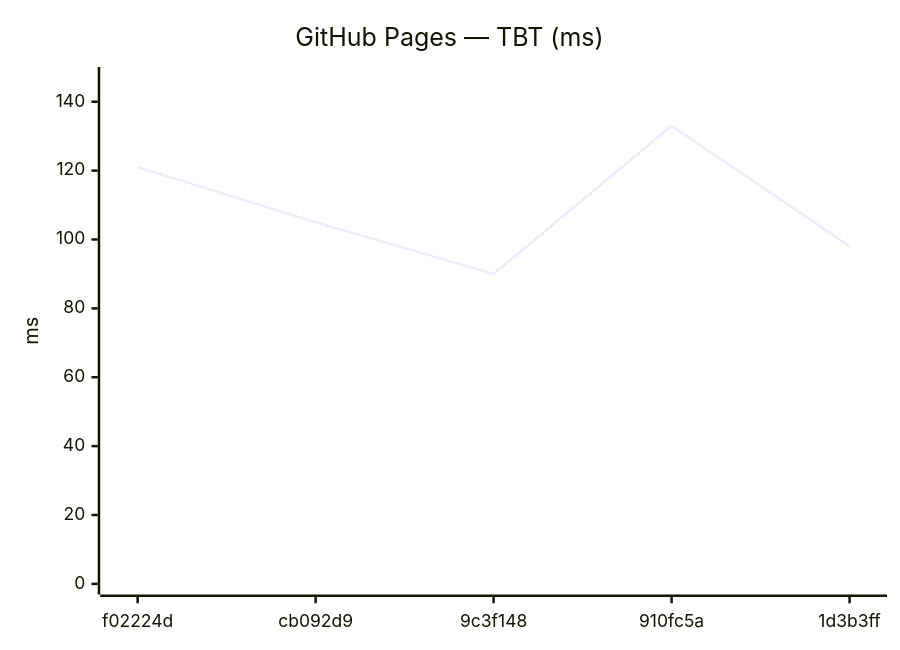
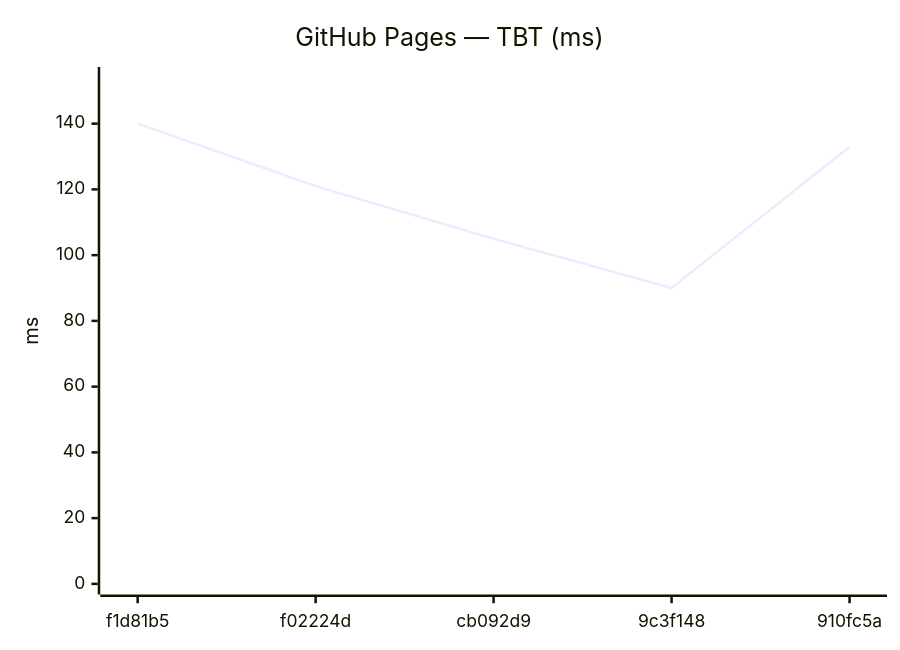
The tenth of 18 diagrams in benchmarks/compare.md (Metaheurist/Rianell), drawn with Mermaid before and after one commit. The commit also changed other lines of this file and 11 other files, not shown here.

````diff
--- a/benchmarks/compare.md
+++ b/benchmarks/compare.md
@@ -149,7 +149,7 @@
 ```mermaid
 xychart-beta
     title "GitHub Pages — TBT (ms)"
-    x-axis ["f02224d", "cb092d9", "9c3f148", "910fc5a", "1d3b3ff"]
-    y-axis "ms" 0 --> 147
-    line [121, 105, 90, 133, 98]
+    x-axis ["f1d81b5", "f02224d", "cb092d9", "9c3f148", "910fc5a"]
+    y-axis "ms" 0 --> 154
+    line [140, 121, 105, 90, 133]
 ```
````
